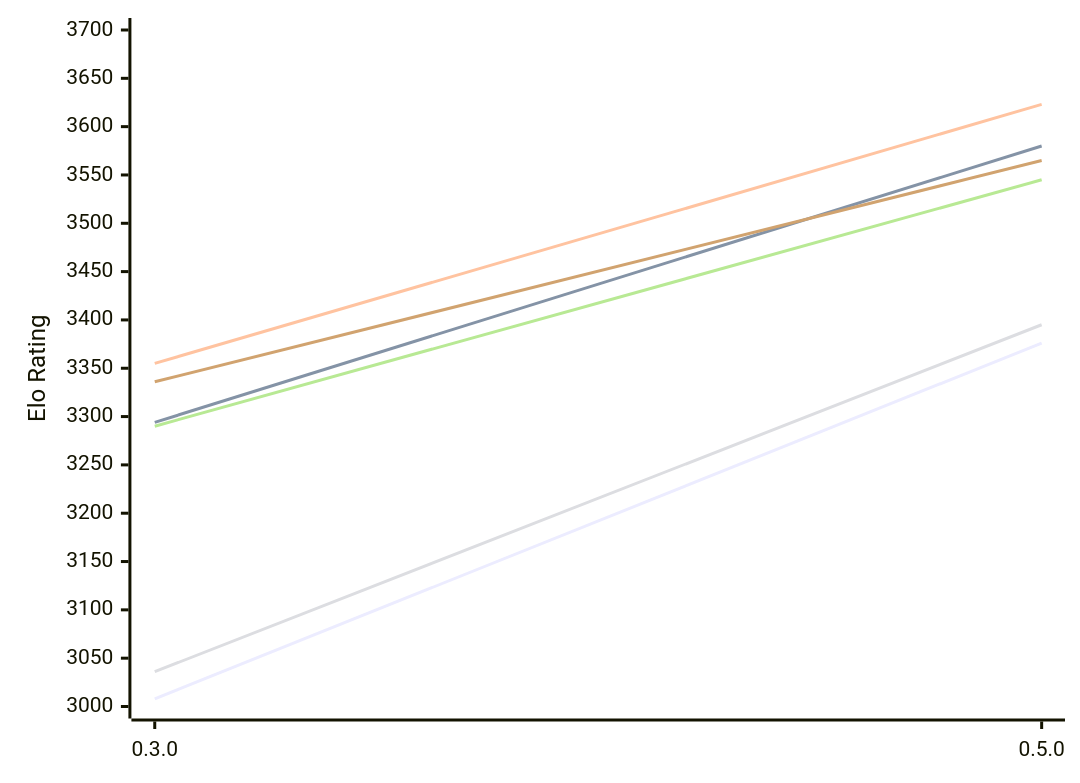
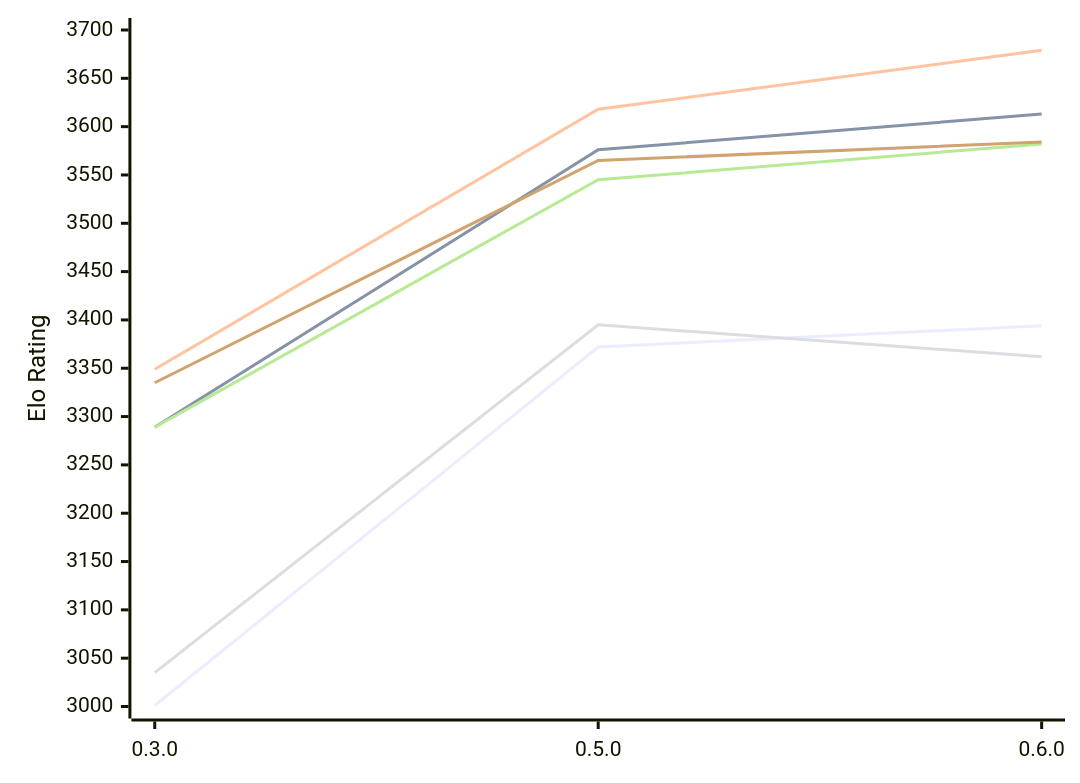
The first of 2 diagrams in engines/Justbot.md (computer-chess-index/cci), drawn with Mermaid before and after one commit. The commit also changed other lines of this file, not shown here.

Commit message:
Update CCI Ratings (ELO VLTC) - 2026-11-26

````diff
--- a/engines/Justbot.md
+++ b/engines/Justbot.md
@@ -53,12 +55,12 @@
 ```mermaid
 %%{init: {"theme":"base","themeVariables":{"seriesColors:['#a3a3a3','#222221','#faa371']}}}%%
 xychart-beta
-  x-axis ["0.3.0", "0.5.0"]
+  x-axis ["0.3.0", "0.5.0", "0.6.0"]
   y-axis "Elo Rating" 3000 --> 3700
-  line "E1: STC (8.0+0.08s)" [3008, 3376]
-  line "E1: LTC (60.0+0.60s)" [3294, 3580]
-  line "E1: VLTC (2m24s+1.12s)" [3355, 3623]
-  line "P1: STC (8.0+0.08s)" [3036, 3395]
-  line "P1: LTC (60.0+0.60s)" [3290, 3545]
-  line "P1: VLTC (2m24s+1.12s)" [3336, 3565]
+  line "E1: STC (8.0+0.08s)" [3001, 3372, 3394]
+  line "E1: LTC (60.0+0.60s)" [3289, 3576, 3613]
+  line "E1: VLTC (2m24s+1.12s)" [3349, 3618, 3679]
+  line "P1: STC (8.0+0.08s)" [3035, 3395, 3362]
+  line "P1: LTC (60.0+0.60s)" [3289, 3545, 3582]
+  line "P1: VLTC (2m24s+1.12s)" [3335, 3565, 3584]
 ```
````
